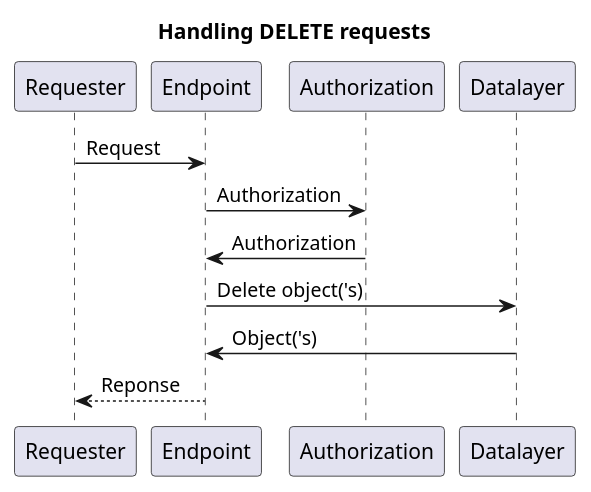
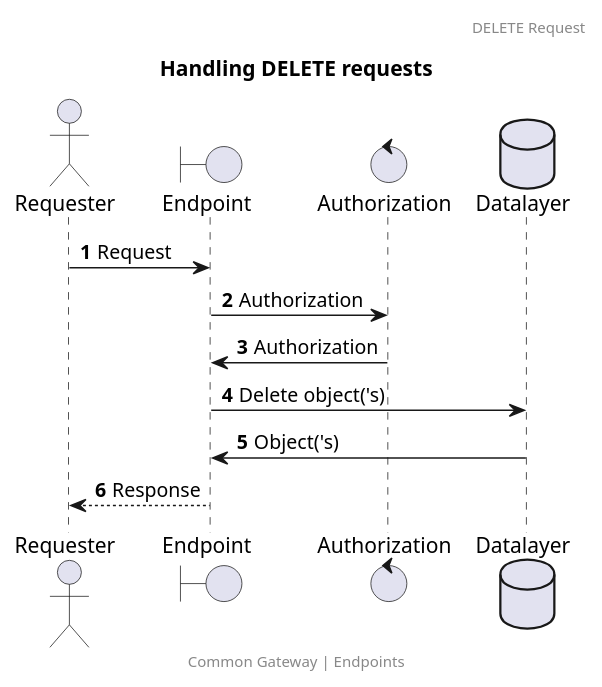
One commit to CommonGateway/CoreBundle changed the diagram in docs/features/request_delete.puml. Above: the diagram before and after it, drawn with PlantUML. The commit also changed 6 other files, not shown here.

```diff
--- a/docs/features/request_delete.puml
+++ b/docs/features/request_delete.puml
@@ -1,9 +1,18 @@
 @startuml
 title: Handling DELETE requests
+footer: Common Gateway | Endpoints
+header: DELETE Request
+autonumber
+
+actor       Requester        as Requester
+boundary    Endpoint         as Endpoint
+control     Authorization    as Authorization
+database    Datalayer        as Datalayer
+
 Requester -> Endpoint: Request
 Endpoint -> Authorization  : Authorization
 Authorization -> Endpoint  : Authorization
 Endpoint -> Datalayer : Delete object('s)
 Datalayer -> Endpoint : Object('s)
-Endpoint --> Requester: Reponse
+Endpoint --> Requester: Response
 @enduml
```
